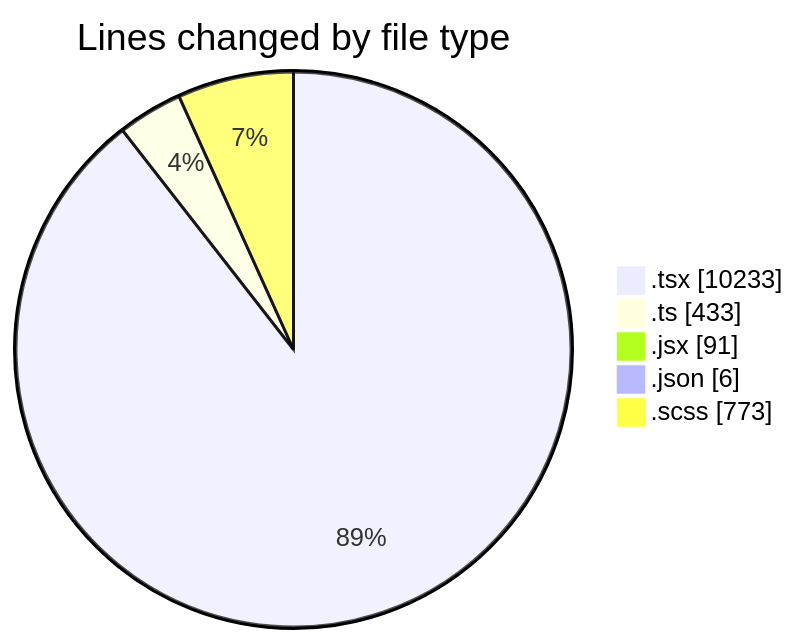
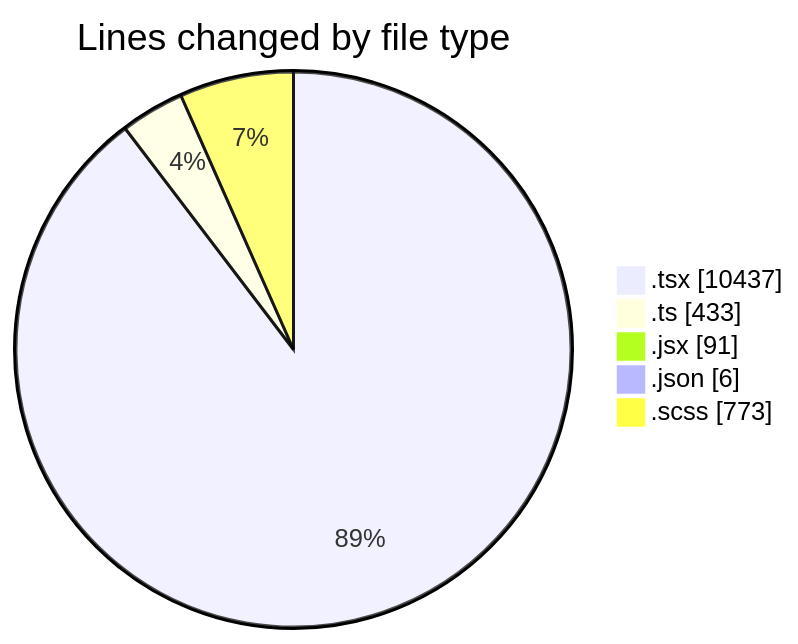
Before and after one commit to momahboobian/code-tracking: the first of 2 diagrams in 2026-04-27/cda/README.md, drawn with Mermaid. The commit also changed other lines of this file and 1 other file, not shown here.

````diff
--- a/2026-04-27/cda/README.md
+++ b/2026-04-27/cda/README.md
@@ -55,9 +56,9 @@
 ```mermaid
 pie showData
 title Lines changed by file type
-".tsx" : 10233
+".tsx" : 10437
 ".ts" : 433
 ".jsx" : 91
 ".json" : 6
 ".scss" : 773
 ```
````
